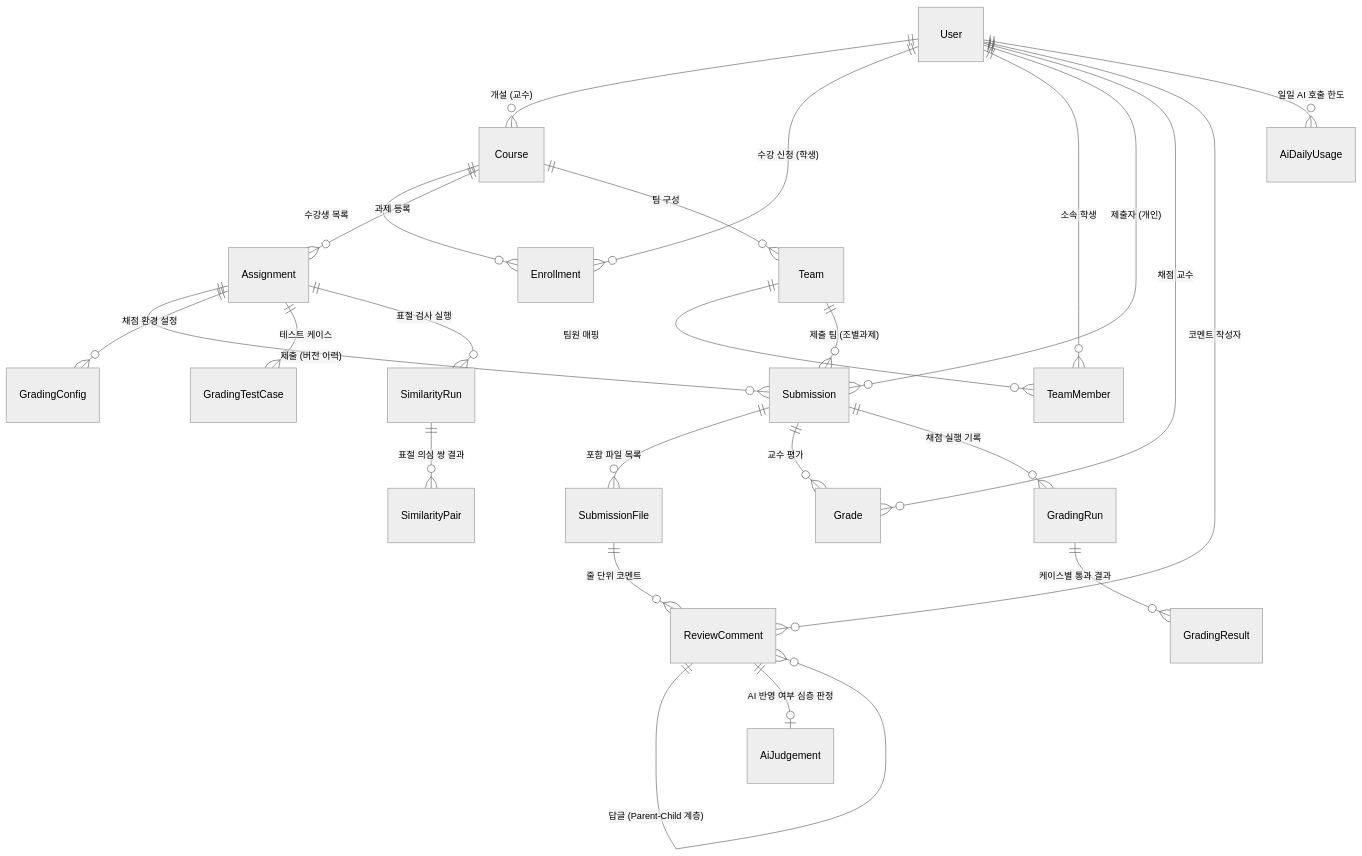
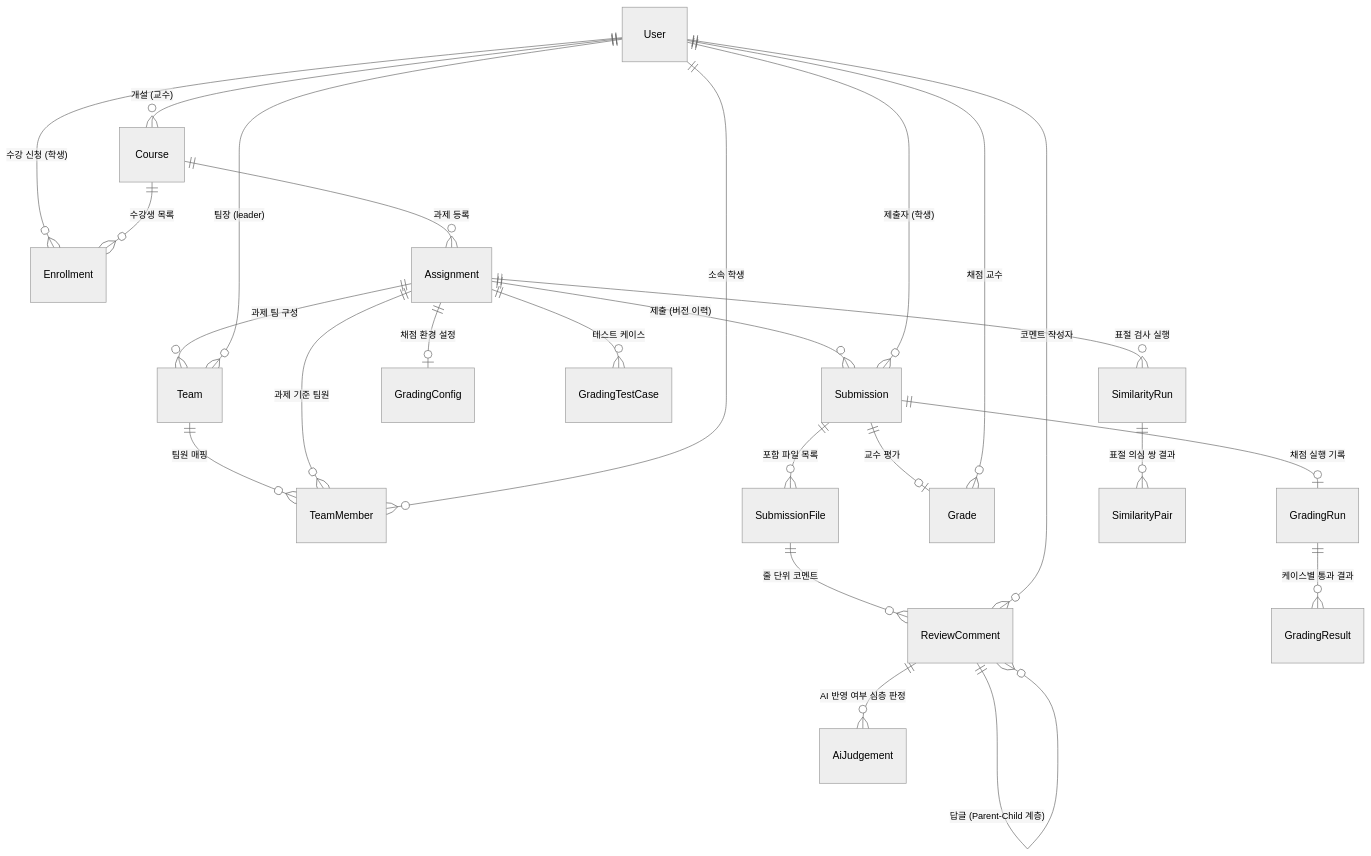
Before and after one commit to ksw1295/submithub: the second of 4 diagrams in docs/ARCHITECTURE.md, drawn with Mermaid (neutral theme). The commit also changed other lines of this file and 8 other files, not shown here.

Commit message:
docs: 산출물 팩트체크(실제 엔티티 ERD, Docker CLI, Gemini JSON 규격, 라우팅) 최종 반영

````diff
--- a/docs/ARCHITECTURE.md
+++ b/docs/ARCHITECTURE.md
@@ -205,32 +205,32 @@
 ```mermaid
 erDiagram
     User ||--o{ Course : "개설 (교수)"
     User ||--o{ Enrollment : "수강 신청 (학생)"
     Course ||--o{ Enrollment : "수강생 목록"
     Course ||--o{ Assignment : "과제 등록"
-    Course ||--o{ Team : "팀 구성"
+    Assignment ||--o{ Team : "과제 팀 구성"
+    User ||--o{ Team : "팀장 (leader)"
     Team ||--o{ TeamMember : "팀원 매핑"
+    Assignment ||--o{ TeamMember : "과제 기준 팀원"
     User ||--o{ TeamMember : "소속 학생"
 
     Assignment ||--o{ Submission : "제출 (버전 이력)"
-    User ||--o{ Submission : "제출자 (개인)"
-    Team ||--o{ Submission : "제출 팀 (조별과제)"
+    User ||--o{ Submission : "제출자 (학생)"
     Submission ||--o{ SubmissionFile : "포함 파일 목록"
-    Submission ||--o{ Grade : "교수 평가"
+    Submission ||--o| Grade : "교수 평가"
     User ||--o{ Grade : "채점 교수"
 
     SubmissionFile ||--o{ ReviewComment : "줄 단위 코멘트"
     User ||--o{ ReviewComment : "코멘트 작성자"
     ReviewComment ||--o{ ReviewComment : "답글 (Parent-Child 계층)"
 
-    Assignment ||--o{ GradingConfig : "채점 환경 설정"
+    Assignment ||--o| GradingConfig : "채점 환경 설정"
     Assignment ||--o{ GradingTestCase : "테스트 케이스"
-    Submission ||--o{ GradingRun : "채점 실행 기록"
+    Submission ||--o| GradingRun : "채점 실행 기록"
     GradingRun ||--o{ GradingResult : "케이스별 통과 결과"
 
     Assignment ||--o{ SimilarityRun : "표절 검사 실행"
     SimilarityRun ||--o{ SimilarityPair : "표절 의심 쌍 결과"
 
-    ReviewComment ||--o| AiJudgement : "AI 반영 여부 심층 판정"
-    User ||--o{ AiDailyUsage : "일일 AI 호출 한도"
+    ReviewComment ||--o{ AiJudgement : "AI 반영 여부 심층 판정"
 ```
````
